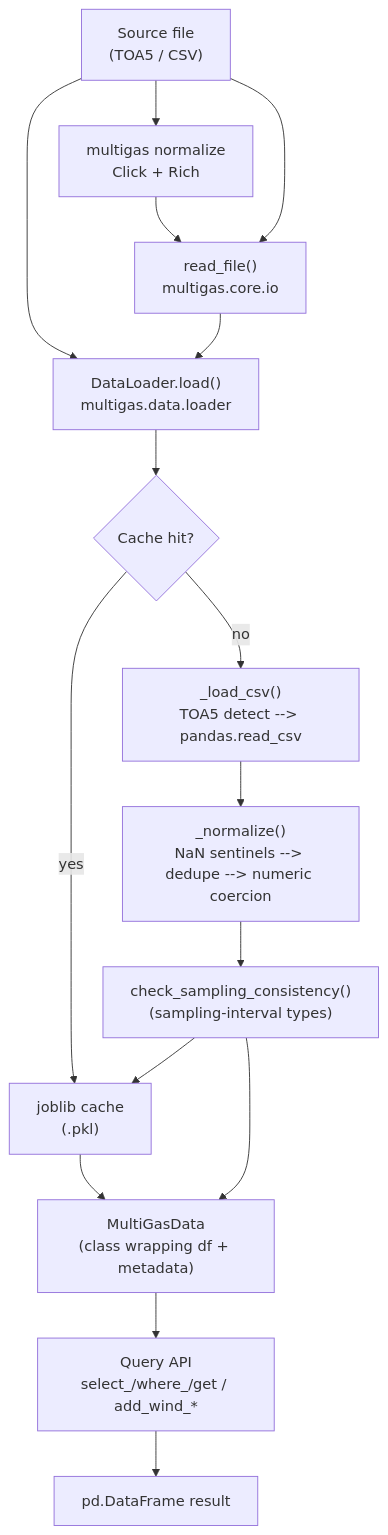
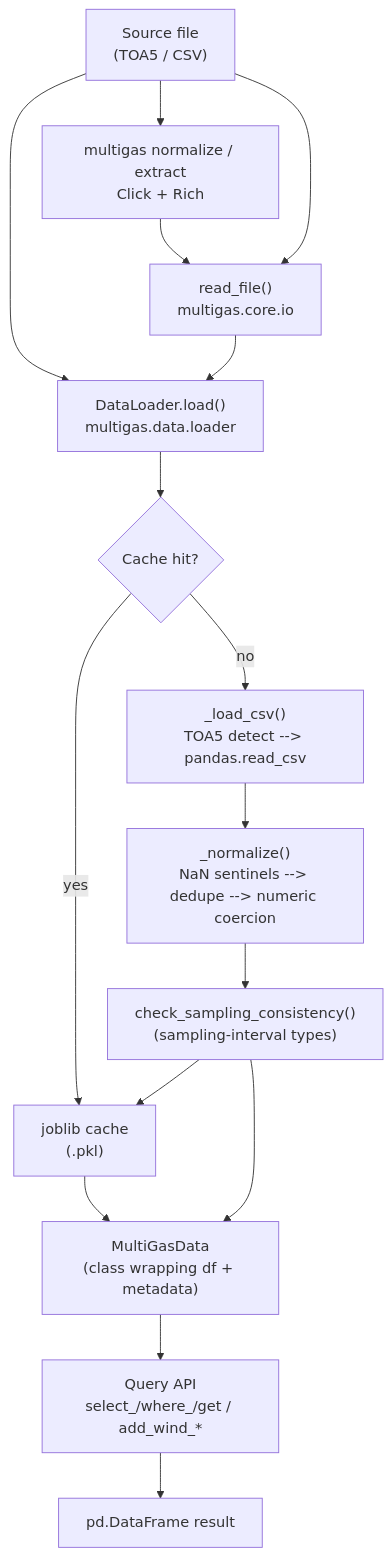
One commit to martanto/multigas changed the diagram in wiki/Home.md. Above: the diagram before and after it, drawn with Mermaid. The commit also changed other lines of this file and 10 other files, not shown here.

````diff
--- a/wiki/Home.md
+++ b/wiki/Home.md
@@ -81,18 +81,18 @@
 ```mermaid
 flowchart TD
-    A["Source file<br/>(TOA5 / CSV)"] --> CLI["multigas normalize<br/>Click + Rich"]
+    A["Source file<br/>(TOA5 / CSV)"] --> CLI["multigas normalize / extract<br/>Click + Rich"]
     CLI --> B["read_file()<br/>multigas.core.io"]
     A --> B
     A --> C["DataLoader.load()<br/>multigas.data.loader"]
     B --> C
     C --> D{Cache hit?}
     D -->|yes| E["joblib cache<br/>(.pkl)"]
     D -->|no| F["_load_csv()<br/>TOA5 detect --> pandas.read_csv"]
     F --> G["_normalize()<br/>NaN sentinels --> dedupe --> numeric coercion"]
     G --> S["check_sampling_consistency()<br/>(sampling-interval types)"]
     S --> E
     E --> H["MultiGasData<br/>(class wrapping df + metadata)"]
     S --> H
     H --> I["Query API<br/>select_/where_/get / add_wind_*"]
     I --> J["pd.DataFrame result"]
 ```
````
